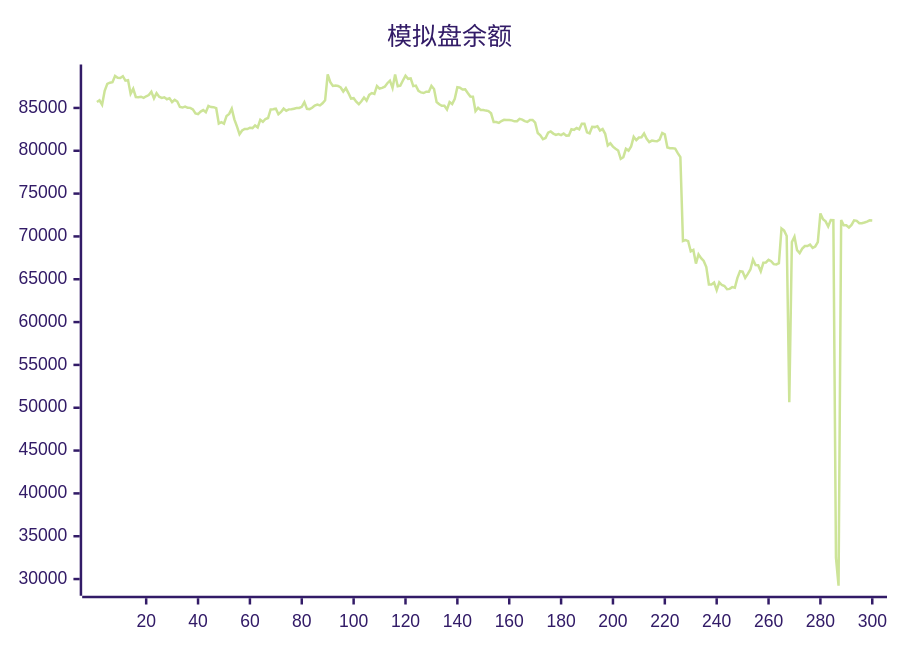
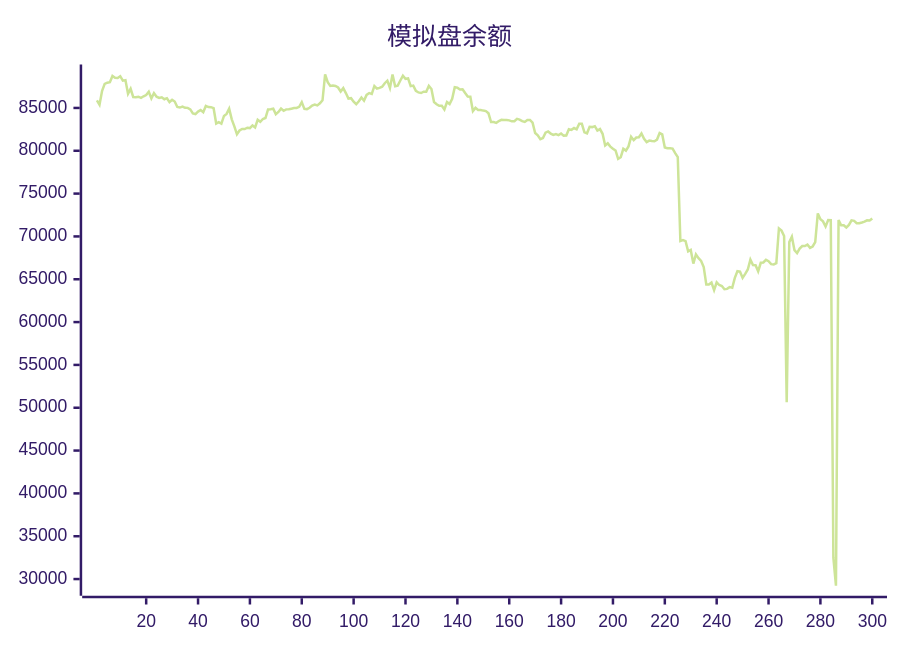
The diagram in README.md (aahl/ai-trading), drawn with Mermaid (forest theme) before and after one commit. The commit also changed other lines of this file and 1 other file, not shown here.

````diff
--- a/README.md
+++ b/README.md
@@ -5,5 +5,5 @@
 ```mermaid
 xychart
     title "模拟盘余额"
-    line [85693,85891,85384,87001,87811,87945,88007,88734,88528,88495,88705,88189,88248,86662,87234,86279,86251,86314,86177,86364,86503,86886,86114,86731,86310,86176,86240,86017,86136,85685,85938,85749,85111,85044,85164,85016,85008,84824,84354,84287,84572,84745,84500,85234,85096,85095,84970,83180,83338,83157,84070,84309,84922,83667,82850,81924,82369,82552,82539,82695,82648,82962,82728,83619,83378,83710,83825,84819,84854,84917,84265,84527,84919,84668,84834,84850,84916,84981,85004,85131,85674,84891,84864,85019,85284,85393,85294,85538,85894,88904,88012,87567,87625,87568,87386,86920,87313,86737,86094,86143,85725,85437,85787,86219,85859,86526,86740,86630,87563,87264,87335,87483,87886,88180,87335,88894,87544,87608,88207,88755,88401,88444,87543,87608,87000,86810,86740,86894,86884,87576,87209,85686,85435,85251,85255,84820,85689,85453,86066,87420,87373,87161,87178,86740,86341,86315,84643,85012,84772,84768,84690,84635,84376,83360,83357,83259,83474,83608,83606,83602,83548,83440,83454,83724,83644,83464,83365,83590,83592,83275,82072,81806,81344,81492,82109,82254,82006,81848,81955,81829,82022,81769,81776,82522,82441,82656,82498,83144,83144,82150,82038,82797,82763,82872,82367,82536,81981,80612,80862,80484,80242,80034,79063,79245,80226,80016,80507,81625,81233,81544,81578,82016,81401,81019,81186,81130,81118,81306,82066,81909,80392,80304,80291,80258,79729,79261,69466,69579,69456,68251,68415,66832,67911,67462,67144,66432,64380,64375,64606,63740,64647,64324,64216,63842,63877,64078,64008,65156,65945,65888,65157,65625,66144,67284,66653,66639,65924,66925,66956,67263,67108,66766,66729,66886,70927,70673,70049,50652,69334,69973,68400,68061,68578,68876,68879,69055,68662,68822,69329,72687,71999,71760,71162,71911,71896,32500,29218,71927,71297,71305,71044,71337,71883,71822,71536,71536,71622,71723,71880,71860]
+    line [85891,85384,87001,87811,87945,88007,88734,88528,88495,88705,88189,88248,86662,87234,86279,86251,86314,86177,86364,86503,86886,86114,86731,86310,86176,86240,86017,86136,85685,85938,85749,85111,85044,85164,85016,85008,84824,84354,84287,84572,84745,84500,85234,85096,85095,84970,83180,83338,83157,84070,84309,84922,83667,82850,81924,82369,82552,82539,82695,82648,82962,82728,83619,83378,83710,83825,84819,84854,84917,84265,84527,84919,84668,84834,84850,84916,84981,85004,85131,85674,84891,84864,85019,85284,85393,85294,85538,85894,88904,88012,87567,87625,87568,87386,86920,87313,86737,86094,86143,85725,85437,85787,86219,85859,86526,86740,86630,87563,87264,87335,87483,87886,88180,87335,88894,87544,87608,88207,88755,88401,88444,87543,87608,87000,86810,86740,86894,86884,87576,87209,85686,85435,85251,85255,84820,85689,85453,86066,87420,87373,87161,87178,86740,86341,86315,84643,85012,84772,84768,84690,84635,84376,83360,83357,83259,83474,83608,83606,83602,83548,83440,83454,83724,83644,83464,83365,83590,83592,83275,82072,81806,81344,81492,82109,82254,82006,81848,81955,81829,82022,81769,81776,82522,82441,82656,82498,83144,83144,82150,82038,82797,82763,82872,82367,82536,81981,80612,80862,80484,80242,80034,79063,79245,80226,80016,80507,81625,81233,81544,81578,82016,81401,81019,81186,81130,81118,81306,82066,81909,80392,80304,80291,80258,79729,79261,69466,69579,69456,68251,68415,66832,67911,67462,67144,66432,64380,64375,64606,63740,64647,64324,64216,63842,63877,64078,64008,65156,65945,65888,65157,65625,66144,67284,66653,66639,65924,66925,66956,67263,67108,66766,66729,66886,70927,70673,70049,50652,69334,69973,68400,68061,68578,68876,68879,69055,68662,68822,69329,72687,71999,71760,71162,71911,71896,32500,29218,71927,71297,71305,71044,71337,71883,71822,71536,71536,71622,71723,71880,71860,72100]
 ```
````
